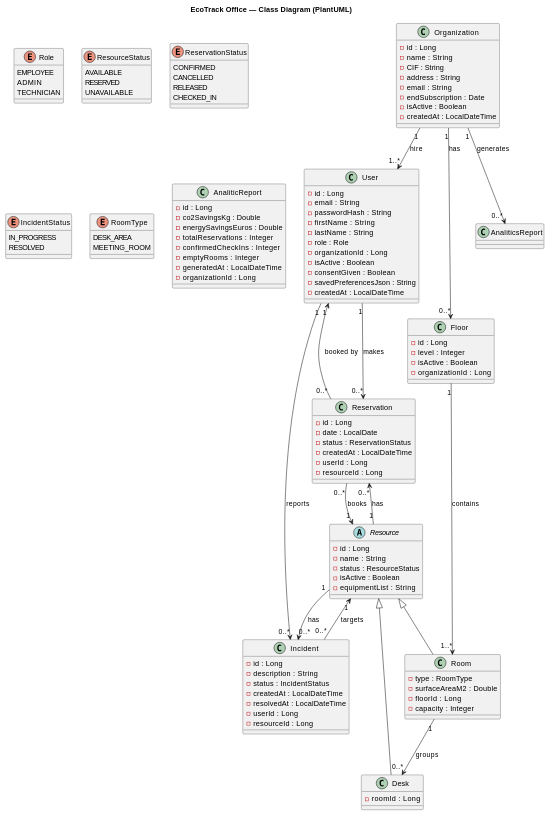
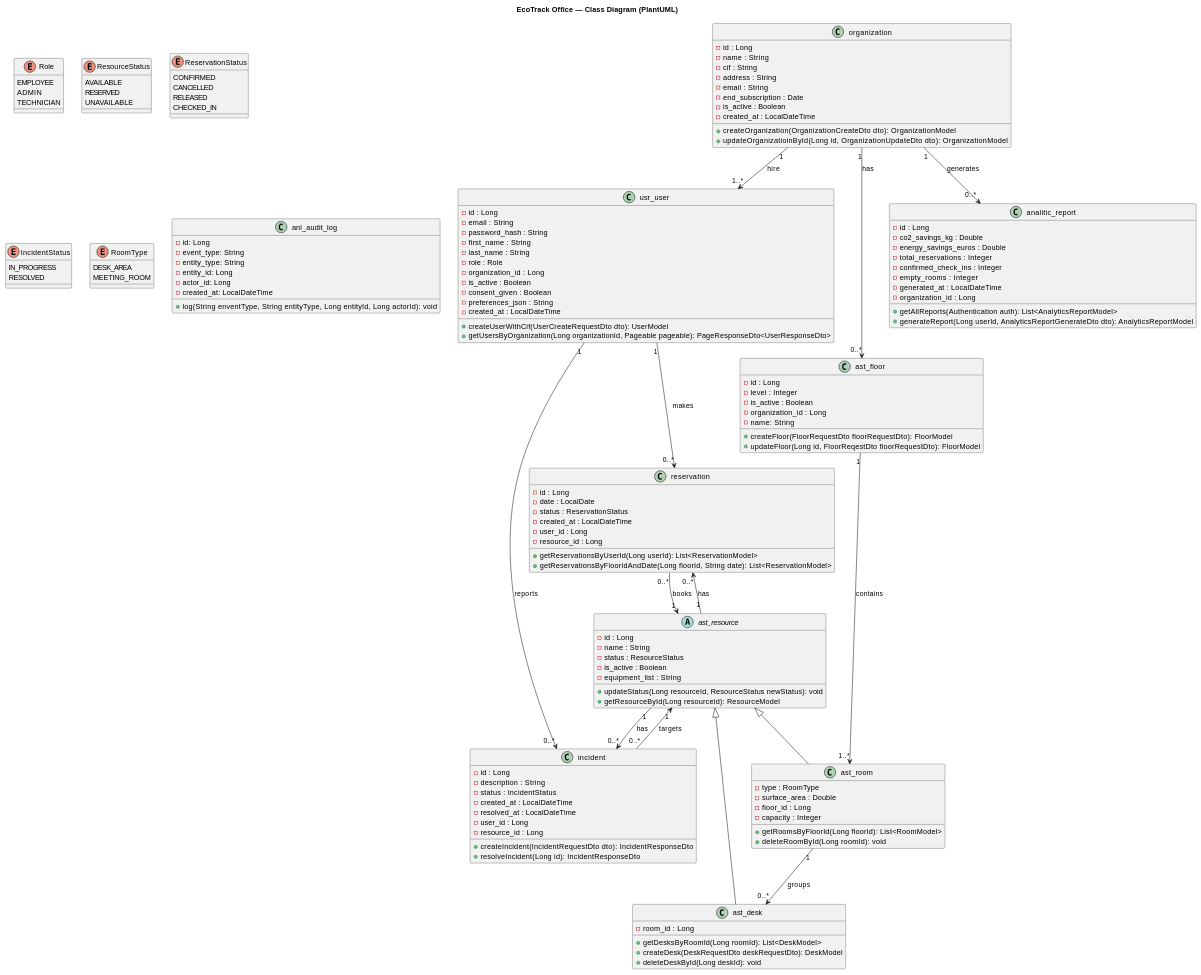
Before and after one commit to GuillaumeEven/ecotrack-office: the diagram in docs/class-diagram.md, drawn with PlantUML. The commit also changed 1 other file, not shown here.

Commit message:
doc(): creo el diagrama de clases final

````diff
--- a/docs/class-diagram.md
+++ b/docs/class-diagram.md
@@ -32,111 +32,140 @@
     MEETING_ROOM
 }
 
-' Users & Organization (usr_)
-class User {
+' User & Organization (usr_)
+class usr_user {
     - id : Long
     - email : String
-    - passwordHash : String
-    - firstName : String
-    - lastName : String
+    - password_hash : String
+    - first_name : String
+    - last_name : String
     - role : Role
-    - organizationId : Long
-    - isActive : Boolean
-    - consentGiven : Boolean
-    - savedPreferencesJson : String
-    - createdAt : LocalDateTime
+    - organization_id : Long
+    - is_active : Boolean
+    - consent_given : Boolean
+    - preferences_json : String
+    - created_at : LocalDateTime
+    + createUserWithCif(UserCreateRequestDto dto): UserModel
+    + getUsersByOrganization(Long organizationId, Pageable pageable): PageResponseDto<UserResponseDto>
 }
 
-class Organization {
+class organization {
     - id : Long
     - name : String
-    - CIF : String
+    - cif : String
     - address : String
     - email : String
-    - endSubscription : Date
-    - isActive : Boolean
-    - createdAt : LocalDateTime
+    - end_subscription : Date
+    - is_active : Boolean
+    - created_at : LocalDateTime
+    + createOrganization(OrganizationCreateDto dto): OrganizationModel
+    + updateOrganizatioinById(Long id, OrganizationUpdateDto dto): OrganizationModel
 }
 
 ' Physical Assets (ast_)
-class Floor {
+class ast_floor {
     - id : Long
     - level : Integer
-    - isActive : Boolean
-    - organizationId : Long
+    - is_active : Boolean
+    - organization_id : Long
+    - name: String
+    + createFloor(FloorRequestDto floorRequestDto): FloorModel
+    + updateFloor(Long id, FloorReqestDto floorRequestDto): FloorModel
 }
 
-abstract class Resource {
+abstract class ast_resource {
     - id : Long
     - name : String
     - status : ResourceStatus
-    - isActive : Boolean
-    - equipmentList : String
+    - is_active : Boolean
+    - equipment_list : String
+    + updateStatus(Long resourceId, ResourceStatus newStatus): void
+    + getResourceById(Long resourceId): ResourceModel
 }
 
-class Room {
+class ast_room {
     - type : RoomType
-    - surfaceAreaM2 : Double
-    - floorId : Long
+    - surface_area : Double
+    - floor_id : Long
     - capacity : Integer
+    + getRoomsByFloorId(Long floorId): List<RoomModel>
+    + deleteRoomById(Long roomId): void
 }
 
-class Desk {
-    - roomId : Long
+class ast_desk {
+    - room_id : Long
+    + getDesksByRoomId(Long roomId): List<DeskModel>
+    + createDesk(DeskRequestDto deskRequestDto): DeskModel
+    + deleteDeskById(Long deskId): void
 }
 
-' Reservations (rsv_)
-class Reservation {
+' Reservation (rsv_)
+class reservation {
     - id : Long
     - date : LocalDate
     - status : ReservationStatus
-    - createdAt : LocalDateTime
-    - userId : Long
-    - resourceId : Long
+    - created_at : LocalDateTime
+    - user_id : Long
+    - resource_id : Long
+    + getReservationsByUserId(Long userId): List<ReservationModel>
+    + getReservationsByFloorIdAndDate(Long floorId, String date): List<ReservationModel>
 }
 
-' Analytics & Incidents (anl_)
-class Incident {
+' Analytic, Incident & AuditLog (anl_)
+class incident {
     - id : Long
     - description : String
     - status : IncidentStatus
-    - createdAt : LocalDateTime
-    - resolvedAt : LocalDateTime
-    - userId : Long
-    - resourceId : Long
+    - created_at : LocalDateTime
+    - resolved_at : LocalDateTime
+    - user_id : Long
+    - resource_id : Long
+    + createIncident(IncidentRequestDto dto): IncidentResponseDto
+    + resolveIncident(Long id): IncidentResponseDto
 }
 
-class AnaliticReport {
+class analitic_report {
     - id : Long
-    - co2SavingsKg : Double
-    - energySavingsEuros : Double
-    - totalReservations : Integer
-    - confirmedCheckIns : Integer
-    - emptyRooms : Integer
-    - generatedAt : LocalDateTime
-    - organizationId : Long
+    - co2_savings_kg : Double
+    - energy_savings_euros : Double
+    - total_reservations : Integer
+    - confirmed_check_ins : Integer
+    - empty_rooms : Integer
+    - generated_at : LocalDateTime
+    - organization_id : Long
+    + getAllReports(Authentication auth): List<AnalyticsReportModel>
+    + generateReport(Long userId, AnalyticsReportGenerateDto dto): AnalyticsReportModel
+}
+
+class anl_audit_log {
+    - id: Long
+    - event_type: String
+    - entity_type: String
+    - entity_id: Long
+    - actor_id: Long
+    - created_at: LocalDateTime
+    + log(String enventType, String entityType, Long entityId, Long actorId): void
 }
 
 ' Inheritance
-Resource <|-- Desk
-Resource <|-- Room
+ast_resource <|-- ast_desk
+ast_resource <|-- ast_room
 
 ' Relationships
-User "1" --> "0..*" Reservation : makes
-User "1" --> "0..*" Incident : reports
-Organization "1" --> "0..*" Floor : has
-Organization "1" --> "1..*" User : hire
-Organization "1" --> "0..*" AnaliticsReport : generates
+usr_user "1" --> "0..*" reservation : makes
+usr_user "1" --> "0..*" incident : reports
+organization "1" --> "0..*" ast_floor : has
+organization "1" --> "1..*" usr_user : hire
+organization "1" --> "0..*" analitic_report : generates
 
-Floor "1" --> "1..*" Room : contains
-Room "1" --> "0..*" Desk : groups
-Resource "1" --> "0..*" Reservation : has
-Resource "1" --> "0..*" Incident : has
+ast_floor "1" --> "1..*" ast_room : contains
+ast_room "1" --> "0..*" ast_desk : groups
+ast_resource "1" --> "0..*" reservation : has
+ast_resource "1" --> "0..*" incident : has
 
-Reservation "0..*" --> "1" User : booked by
-Reservation "0..*" --> "1" Resource : books
+reservation "0..*" --> "1" ast_resource : books
 
-Incident "0..*" --> "1" Resource : targets
+incident "0..*" --> "1" ast_resource : targets
 
 @enduml
 ```
````
